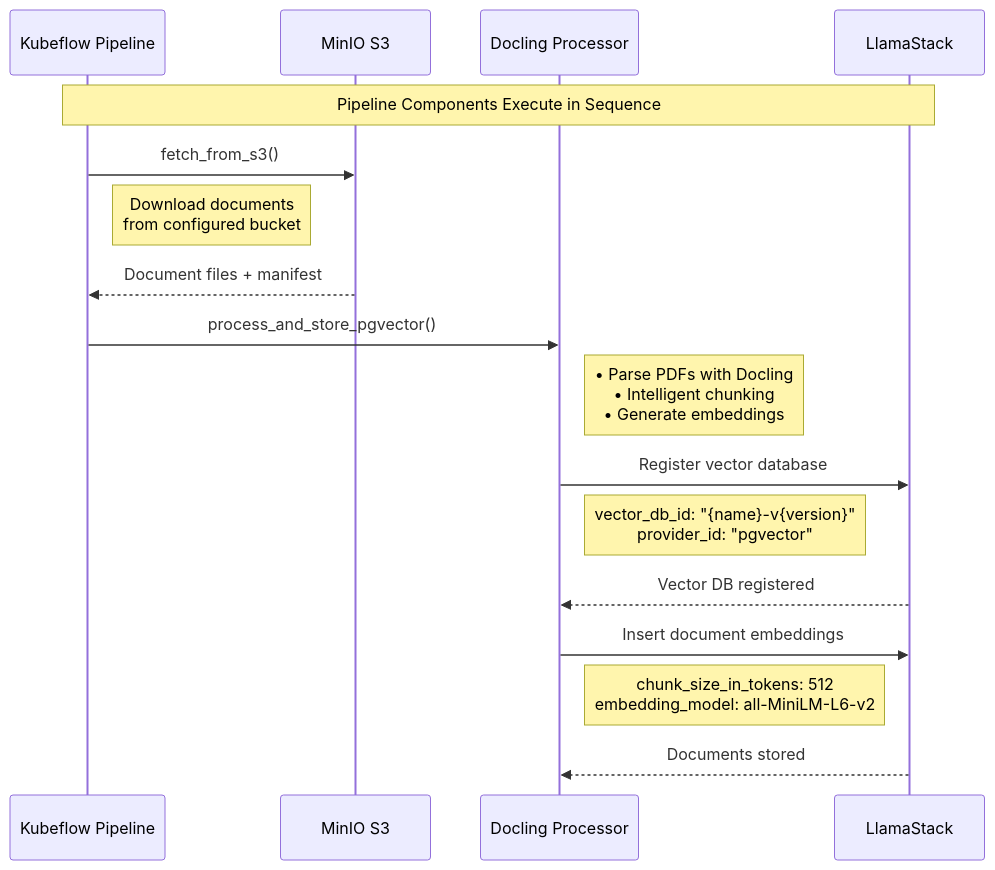
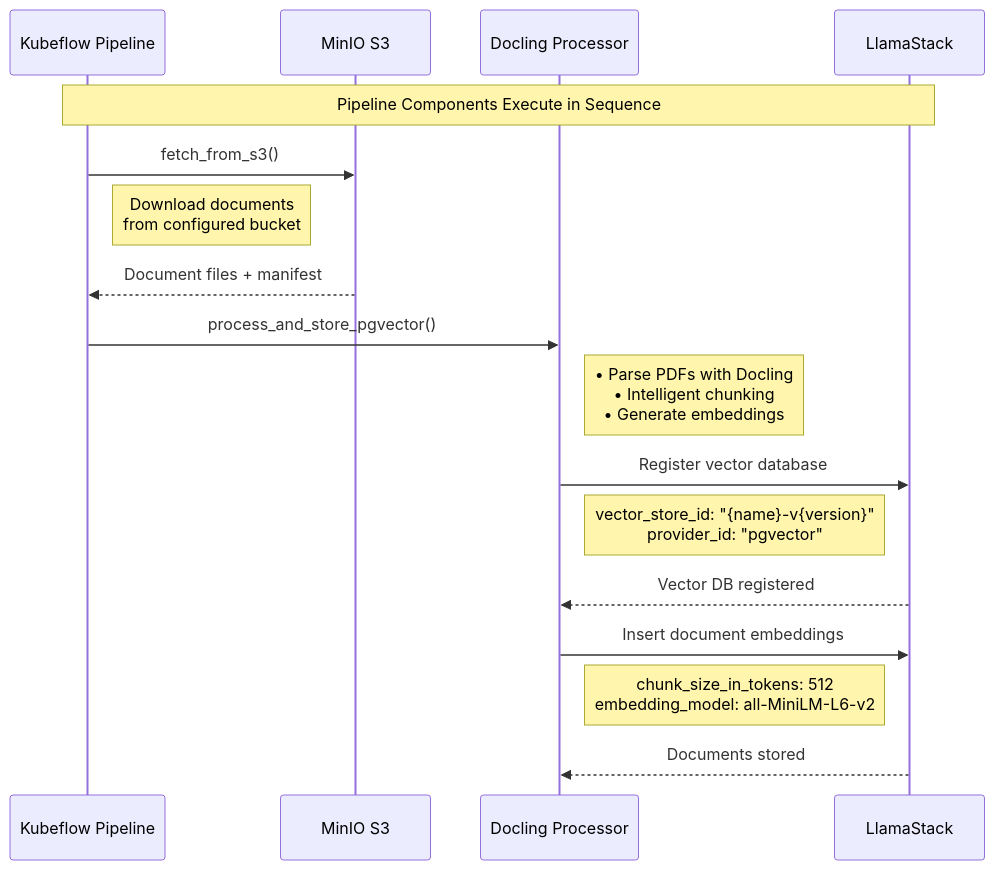
Before and after one commit to yuvalturg/ai-virtual-agent: the fourth of 6 diagrams in docs/knowledge-base-architecture.md, drawn with Mermaid. The commit also changed other lines of this file and 66 other files, not shown here.

````diff
--- a/docs/knowledge-base-architecture.md
+++ b/docs/knowledge-base-architecture.md
@@ -113,24 +113,24 @@
 ```mermaid
 sequenceDiagram
     participant KFP as Kubeflow Pipeline
     participant S3 as MinIO S3
     participant DOC as Docling Processor
     participant LS as LlamaStack
 
     Note over KFP,LS: Pipeline Components Execute in Sequence
 
     KFP->>S3: fetch_from_s3()
     Note right of KFP: Download documents<br/>from configured bucket
     S3-->>KFP: Document files + manifest
 
     KFP->>DOC: process_and_store_pgvector()
     Note right of DOC: • Parse PDFs with Docling<br/>• Intelligent chunking<br/>• Generate embeddings
 
     DOC->>LS: Register vector database
-    Note right of DOC: vector_db_id: "{name}-v{version}"<br/>provider_id: "pgvector"
+    Note right of DOC: vector_store_id: "{name}-v{version}"<br/>provider_id: "pgvector"
     LS-->>DOC: Vector DB registered
 
     DOC->>LS: Insert document embeddings
     Note right of DOC: chunk_size_in_tokens: 512<br/>embedding_model: all-MiniLM-L6-v2
     LS-->>DOC: Documents stored
 ```
````
